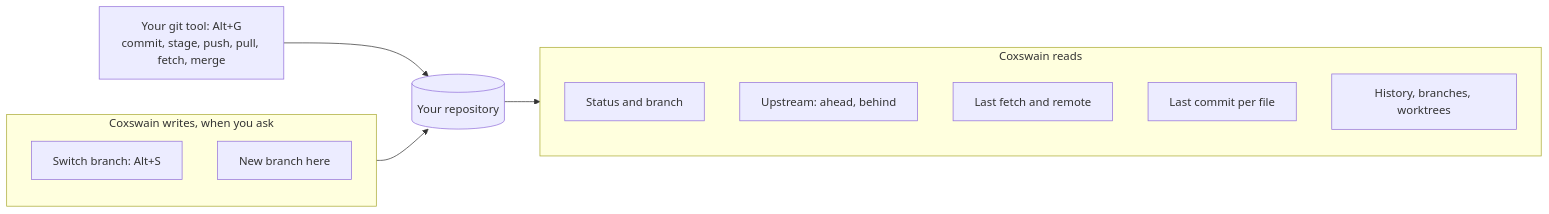
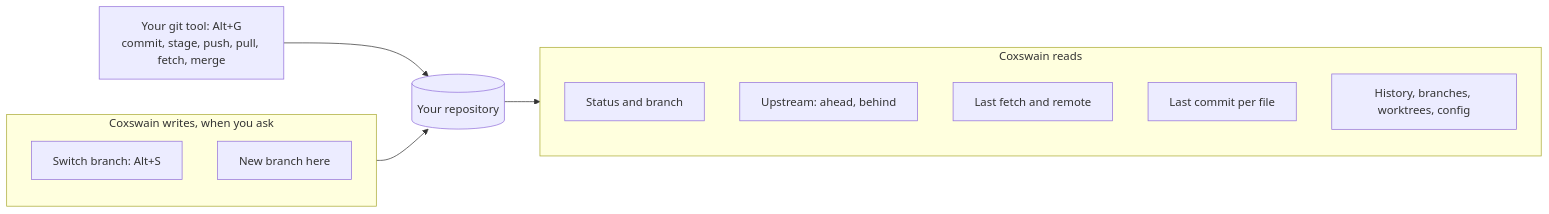
One commit to mwo-dk/coxswain changed the diagram in docs/panels/git.md. Above: the diagram before and after it, drawn with Mermaid. The commit also changed other lines of this file and 61 other files, not shown here.

````diff
--- a/docs/panels/git.md
+++ b/docs/panels/git.md
@@ -56,19 +59,19 @@
 ```mermaid
 flowchart LR
     repo[("Your repository")]
     subgraph reads["Coxswain reads"]
         r1["Status and branch"]
         r2["Upstream: ahead, behind"]
         r3["Last fetch and remote"]
         r4["Last commit per file"]
-        r5["History, branches, worktrees"]
+        r5["History, branches, worktrees, config"]
     end
     subgraph writes["Coxswain writes, when you ask"]
         w1["Switch branch: Alt+S"]
         w2["New branch here"]
     end
     tool["Your git tool: Alt+G<br/>commit, stage, push, pull, fetch, merge"]
     repo --> reads
     writes --> repo
     tool --> repo
 ```
````
